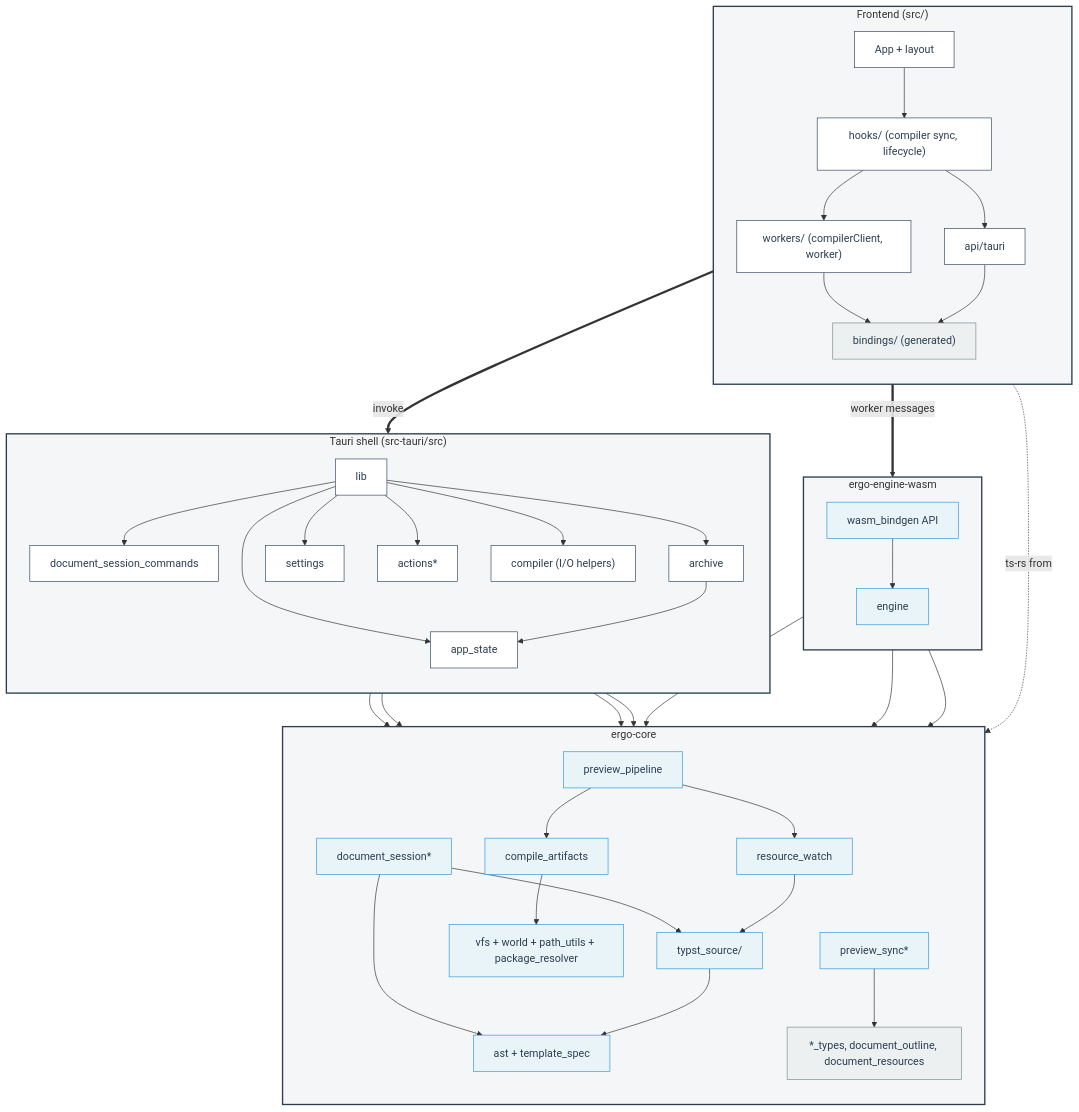
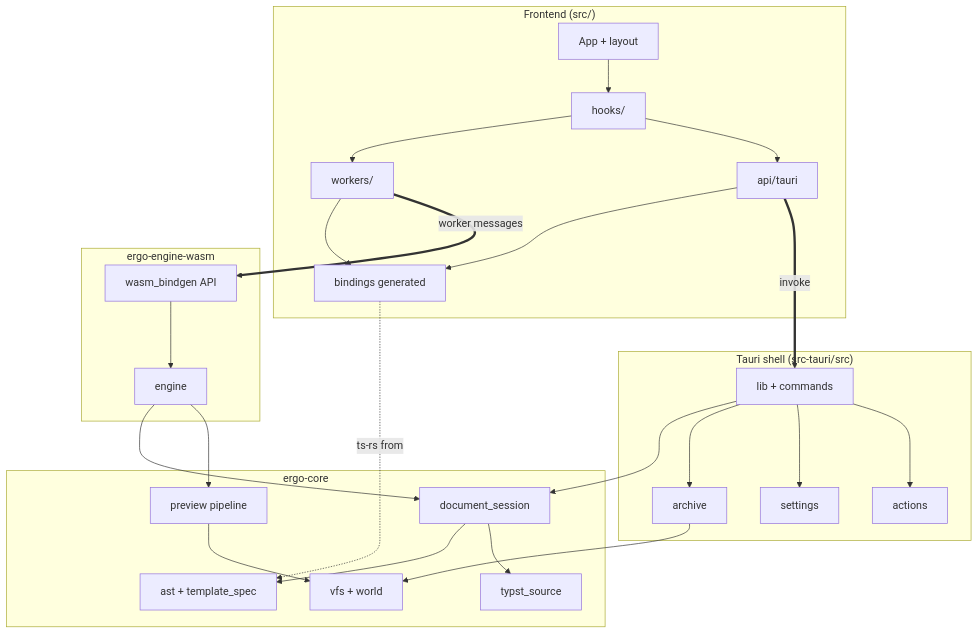
The diagram in context/package-diagrams.md (andmoreduro/ergo), drawn with Mermaid before and after one commit. The commit also changed other lines of this file and 374 other files, not shown here.

````diff
--- a/context/package-diagrams.md
+++ b/context/package-diagrams.md
@@ -5,85 +5,46 @@
 ```mermaid
 flowchart TB
-    classDef mod fill:#ffffff,stroke:#34495e,stroke-width:1px,color:#2c3e50;
-    classDef gen fill:#ecf0f1,stroke:#7f8c8d,stroke-width:1px,color:#2c3e50;
-    classDef crate fill:#e8f4f8,stroke:#3498db,stroke-width:1px,color:#2c3e50;
-
     subgraph Frontend ["Frontend (src/)"]
-        direction TB
-        AppRoot["App + layout"]:::mod
-        Hooks["hooks/ (compiler sync, lifecycle)"]:::mod
-        Workers["workers/ (compilerClient, worker)"]:::mod
-        TauriApi["api/tauri"]:::mod
-        Bindings["bindings/ (generated)"]:::gen
-
-        AppRoot --> Hooks
-        Hooks --> Workers
-        Hooks --> TauriApi
-        Workers --> Bindings
-        TauriApi --> Bindings
+        AppRoot[App + layout]
+        Hooks[hooks/]
+        Workers[workers/]
+        TauriApi[api/tauri]
+        Bindings[bindings generated]
     end
-
     subgraph WasmCrate ["ergo-engine-wasm"]
-        direction TB
-        WasmEngine["engine"]:::crate
-        WasmBindgen["wasm_bindgen API"]:::crate
-        WasmBindgen --> WasmEngine
+        WasmBindgen[wasm_bindgen API]
+        WasmEngine[engine]
     end
-
     subgraph CoreCrate ["ergo-core"]
-        direction TB
-        Session["document_session*"]:::crate
-        TypstSource["typst_source/"]:::crate
-        PreviewPipe["preview_pipeline"]:::crate
-        PreviewSync["preview_sync*"]:::crate
-        CompileArt["compile_artifacts"]:::crate
-        ResourceWatch["resource_watch"]:::crate
-        Vfs["vfs + world + path_utils + package_resolver"]:::crate
-        Ast["ast + template_spec"]:::crate
-        DtoGen["*_types, document_outline, document_resources"]:::gen
-
-        WasmEngine --> Session
-        WasmEngine --> PreviewPipe
-        WasmEngine --> PreviewSync
-        PreviewPipe --> CompileArt
-        PreviewPipe --> ResourceWatch
-        Session --> Ast
-        Session --> TypstSource
-        TypstSource --> Ast
-        ResourceWatch --> TypstSource
-        CompileArt --> Vfs
-        PreviewSync --> DtoGen
+        Session[document_session]
+        TypstSource[typst_source]
+        PreviewPipe[preview pipeline]
+        Vfs[vfs + world]
+        Ast[ast + template_spec]
     end
-
     subgraph TauriShell ["Tauri shell (src-tauri/src)"]
-        direction TB
-        Lib["lib"]:::mod
-        AppState["app_state"]:::mod
-        DocCmds["document_session_commands"]:::mod
-        ArchivePkg["archive"]:::mod
-        SettingsPkg["settings"]:::mod
-        ActionsPkg["actions*"]:::mod
-        CompilerCmds["compiler (I/O helpers)"]:::mod
-
-        Lib --> AppState
-        Lib --> DocCmds
-        Lib --> ArchivePkg
-        Lib --> SettingsPkg
-        Lib --> ActionsPkg
-        Lib --> CompilerCmds
-        DocCmds --> Session
-        ArchivePkg --> AppState
-        ArchivePkg --> Vfs
-        AppState --> Vfs
+        Lib[lib + commands]
+        ArchivePkg[archive]
+        SettingsPkg[settings]
+        ActionsPkg[actions]
     end
-
-    Workers == "worker messages" ==> WasmBindgen
-    TauriApi == "invoke" ==> Lib
-    DocCmds --> Session
-    Bindings -. "ts-rs from" .-> DtoGen
-
-    style Frontend fill:#f4f6f7,stroke:#2c3e50,stroke-width:2px
-    style WasmCrate fill:#f4f6f7,stroke:#2c3e50,stroke-width:2px
-    style CoreCrate fill:#f4f6f7,stroke:#2c3e50,stroke-width:2px
-    style TauriShell fill:#f4f6f7,stroke:#2c3e50,stroke-width:2px
+    AppRoot --> Hooks
+    Hooks --> Workers
+    Hooks --> TauriApi
+    Workers --> Bindings
+    TauriApi --> Bindings
+    WasmBindgen --> WasmEngine
+    WasmEngine --> Session
+    WasmEngine --> PreviewPipe
+    Session --> Ast
+    Session --> TypstSource
+    PreviewPipe --> Vfs
+    Lib --> Session
+    Lib --> ArchivePkg
+    Lib --> SettingsPkg
+    Lib --> ActionsPkg
+    ArchivePkg --> Vfs
+    Workers == worker messages ==> WasmBindgen
+    TauriApi == invoke ==> Lib
+    Bindings -. ts-rs from .-> Ast
 ```
````
